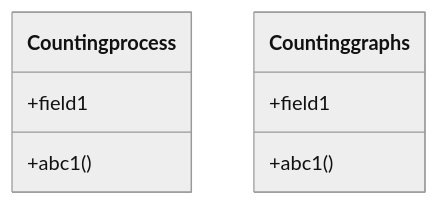
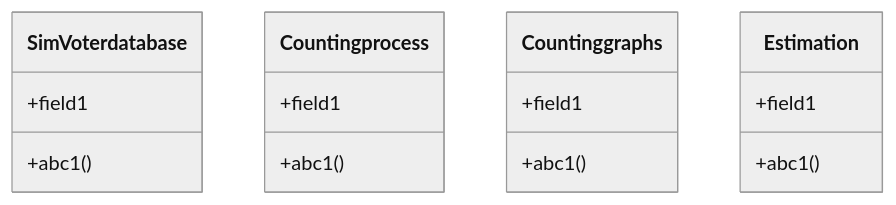
One commit to lotariohw26/ManifoldDestiny changed the diagram in index.qmd. Above: the diagram before and after it, drawn with Mermaid (neutral theme). The commit also changed other lines of this file and 8 other files, not shown here.

````diff
--- a/index.qmd
+++ b/index.qmd
@@ -30,12 +21,20 @@
 ```{mermaid}
 %%| echo: false
 classDiagram
+    class SimVoterdatabase{
+        +field1
+        +abc1()
+    }
     class Countingprocess{
         +field1
         +abc1()
     }
     class Countinggraphs{
         +field1
         +abc1()
     }
+    class Estimation{
+        +field1
+        +abc1()
+    }
 ```
````
